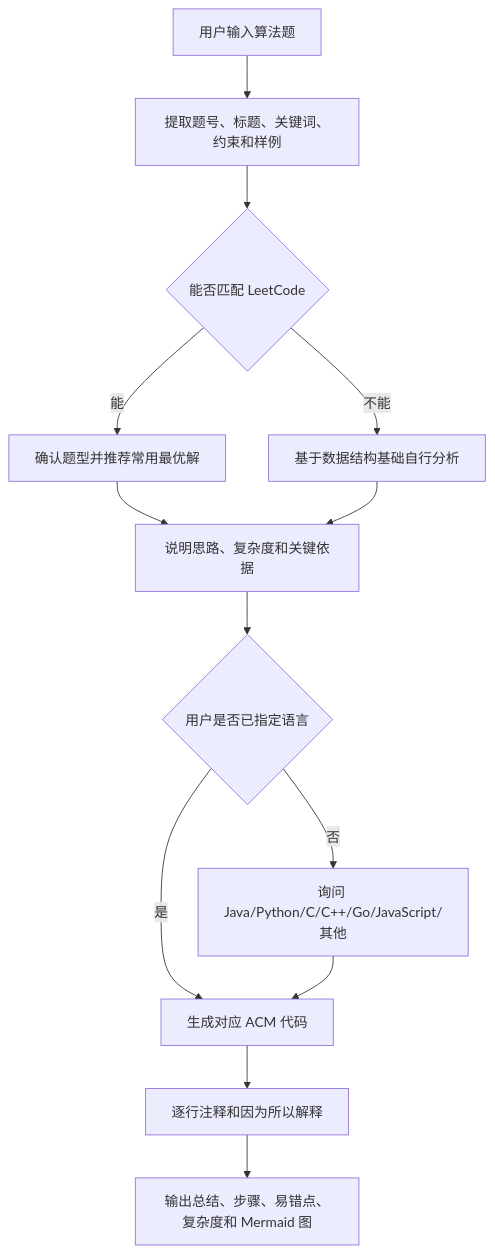
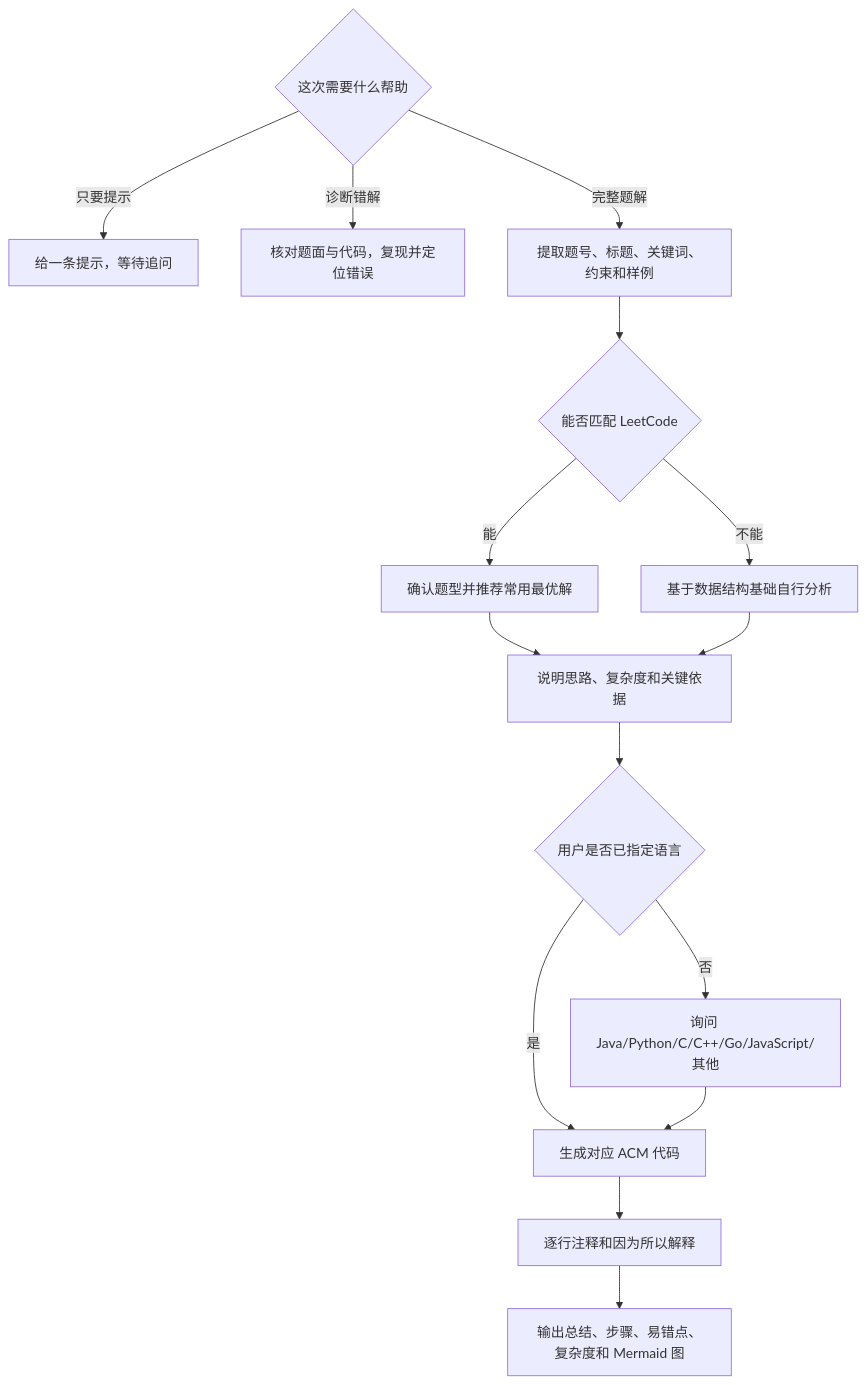
One commit to LoftyTao0622/acm-master changed the diagram in README.md. Above: the diagram before and after it, drawn with Mermaid. The commit also changed other lines of this file and 5 other files, not shown here.

````diff
--- a/README.md
+++ b/README.md
@@ -99,15 +101,17 @@
 ```mermaid
 flowchart TD
-    A["用户输入算法题"] --> B["提取题号、标题、关键词、约束和样例"]
+    A{"这次需要什么帮助"} -->|只要提示| P["给一条提示，等待追问"]
+    A -->|诊断错解| Q["核对题面与代码，复现并定位错误"]
+    A -->|完整题解| B["提取题号、标题、关键词、约束和样例"]
     B --> C{"能否匹配 LeetCode"}
     C -->|能| D["确认题型并推荐常用最优解"]
     C -->|不能| E["基于数据结构基础自行分析"]
     D --> F["说明思路、复杂度和关键依据"]
     E --> F
     F --> G{"用户是否已指定语言"}
     G -->|是| H["生成对应 ACM 代码"]
     G -->|否| I["询问 Java/Python/C/C++/Go/JavaScript/其他"]
     I --> H
     H --> J["逐行注释和因为所以解释"]
     J --> K["输出总结、步骤、易错点、复杂度和 Mermaid 图"]
 ```
````
